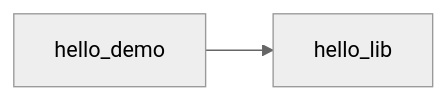
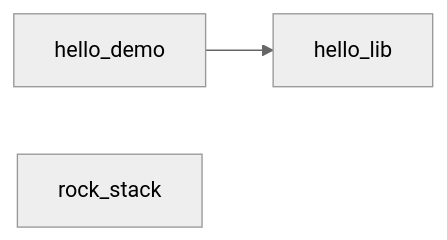
The diagram in test_projects/README.md (shelltdf/up), drawn with Mermaid (neutral theme) before and after one commit. The commit also changed other lines of this file and 31 other files, not shown here.

````diff
--- a/test_projects/README.md
+++ b/test_projects/README.md
@@ -18,6 +19,7 @@
 ```mermaid
 flowchart LR
   hello_lib["hello_lib"]
   hello_demo["hello_demo"]
+  rock_stack["rock_stack"]
   hello_demo --> hello_lib
 ```
````
